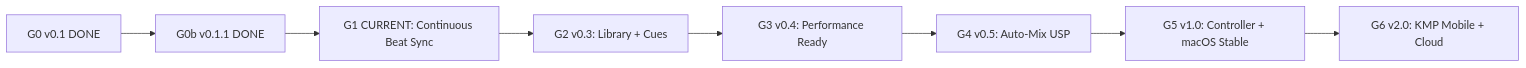
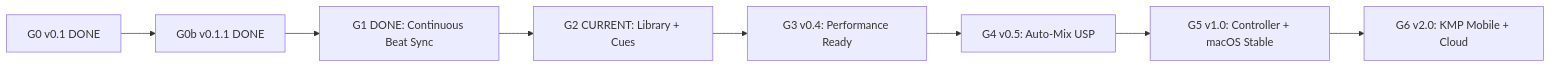
One commit to pnixnoel/freedeck changed the diagram in ROADMAP.md. Above: the diagram before and after it, drawn with Mermaid. The commit also changed other lines of this file and 15 other files, not shown here.

````diff
--- a/ROADMAP.md
+++ b/ROADMAP.md
@@ -17,10 +17,10 @@
 ```mermaid
 flowchart LR
     G0["G0 v0.1 DONE"] --> G0b["G0b v0.1.1 DONE"]
-    G0b --> G1["G1 CURRENT: Continuous Beat Sync"]
-    G1 --> G2["G2 v0.3: Library + Cues"]
+    G0b --> G1["G1 DONE: Continuous Beat Sync"]
+    G1 --> G2["G2 CURRENT: Library + Cues"]
     G2 --> G3["G3 v0.4: Performance Ready"]
     G3 --> G4["G4 v0.5: Auto-Mix USP"]
     G4 --> G5["G5 v1.0: Controller + macOS Stable"]
     G5 --> G6["G6 v2.0: KMP Mobile + Cloud"]
 ```
````
